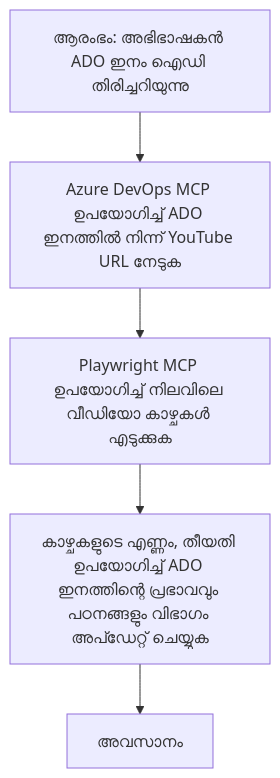
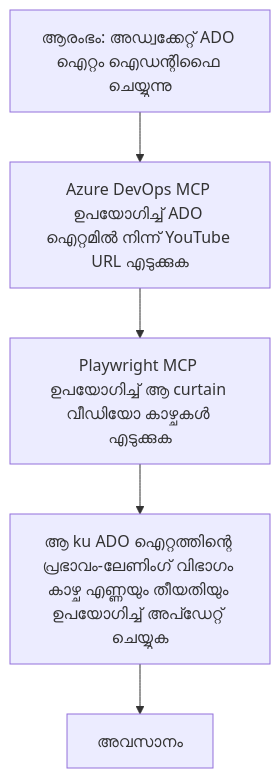
One commit to Mu-L/mcp-for-beginners changed the diagram in translations/ml/09-CaseStudy/UpdateADOItemsFromYT.md. Above: the diagram before and after it, drawn with Mermaid. The commit also changed other lines of this file and 110 other files, not shown here.

````diff
--- a/translations/ml/09-CaseStudy/UpdateADOItemsFromYT.md
+++ b/translations/ml/09-CaseStudy/UpdateADOItemsFromYT.md
@@ -39,7 +39,7 @@
 ```mermaid
 flowchart TD
-    A[ആരംഭം: അഭിഭാഷകൻ ADO ഇനം ഐഡി തിരിച്ചറിയുന്നു] --> B[Azure DevOps MCP ഉപയോഗിച്ച് ADO ഇനത്തിൽ നിന്ന് YouTube URL നേടുക]
-    B --> C[Playwright MCP ഉപയോഗിച്ച് നിലവിലെ വീഡിയോ കാഴ്ചകൾ എടുക്കുക]
-    C --> D[കാഴ്ചകളുടെ എണ്ണം, തീയതി ഉപയോഗിച്ച് ADO ഇനത്തിന്റെ പ്രഭാവവും പഠനങ്ങളും വിഭാഗം അപ്ഡേറ്റ് ചെയ്യുക]
+    A[ആരംഭം: അഡ്വക്കേറ്റ് ADO ഐറ്റം ഐഡന്റിഫൈ ചെയ്യുന്നു] --> B[Azure DevOps MCP ഉപയോഗിച്ച് ADO ഐറ്റമിൽ നിന്ന് YouTube URL എടുക്കുക]
+    B --> C[Playwright MCP ഉപയോഗിച്ച് ആ curtain വീഡിയോ കാഴ്ചകൾ എടുക്കുക]
+    C --> D[ആ ku ADO ഐറ്റത്തിന്റെ പ്രഭാവം-ലേണിംഗ് വിഭാഗം കാഴ്ച എണ്ണയും തീയതിയും ഉപയോഗിച്ച് അപ്ഡേറ്റ് ചെയ്യുക]
     D --> E[അവസാനം]
 ```
````
